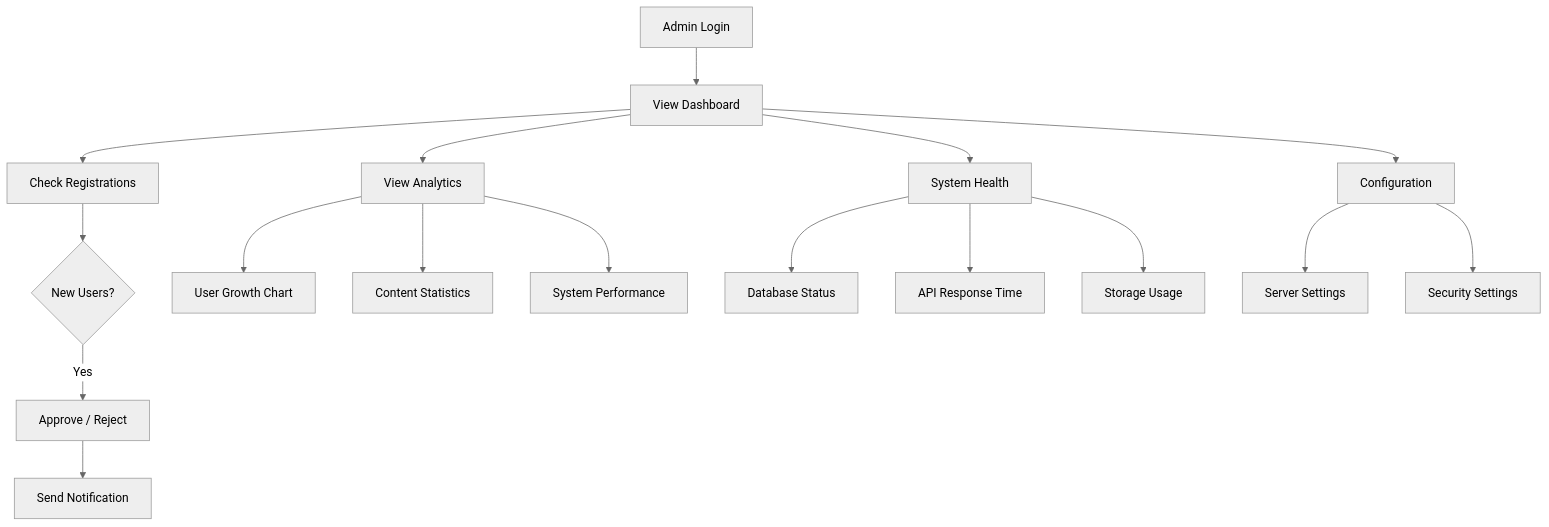
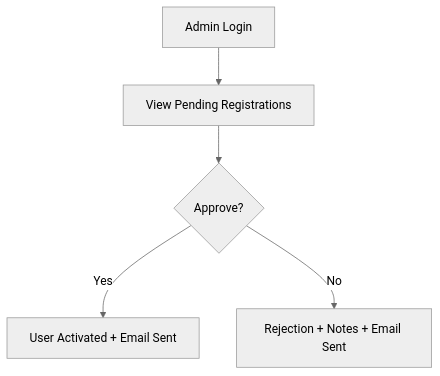
Before and after one commit to sazid-zero/SUST-Research-Hub: the third of 3 diagrams in README.md, drawn with Mermaid (neutral theme). The commit also changed other lines of this file, not shown here.

````diff
--- a/README.md
+++ b/README.md
@@ -306,19 +133,7 @@
 ```mermaid
 graph TD
-    A["Admin Login"] --> B["View Dashboard"]
-    B --> C["Check Registrations"]
-    C --> D{"New Users?"}
-    D -->|Yes| E["Approve / Reject"]
-    E --> F["Send Notification"]
-    B --> G["View Analytics"]
-    G --> H["User Growth Chart"]
-    G --> I["Content Statistics"]
-    G --> J["System Performance"]
-    B --> K["System Health"]
-    K --> L["Database Status"]
-    K --> M["API Response Time"]
-    K --> N["Storage Usage"]
-    B --> O["Configuration"]
-    O --> P["Server Settings"]
-    O --> Q["Security Settings"]
+    A["Admin Login"] --> B["View Pending Registrations"]
+    B --> C{"Approve?"}
+    C -->|Yes| D["User Activated + Email Sent"]
+    C -->|No| E["Rejection + Notes + Email Sent"]
 ```
````
